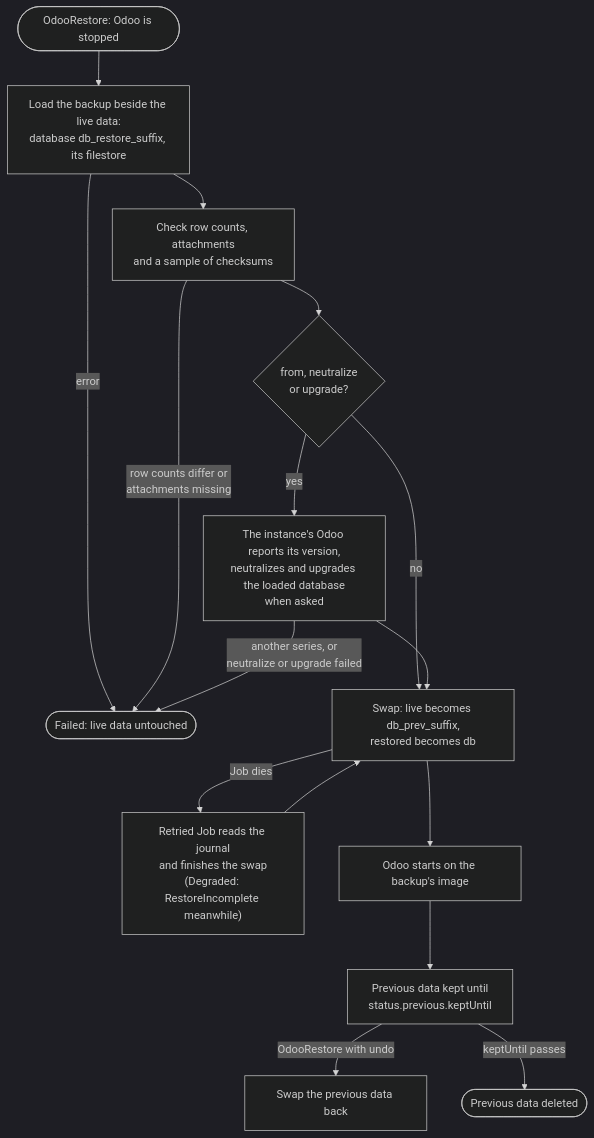
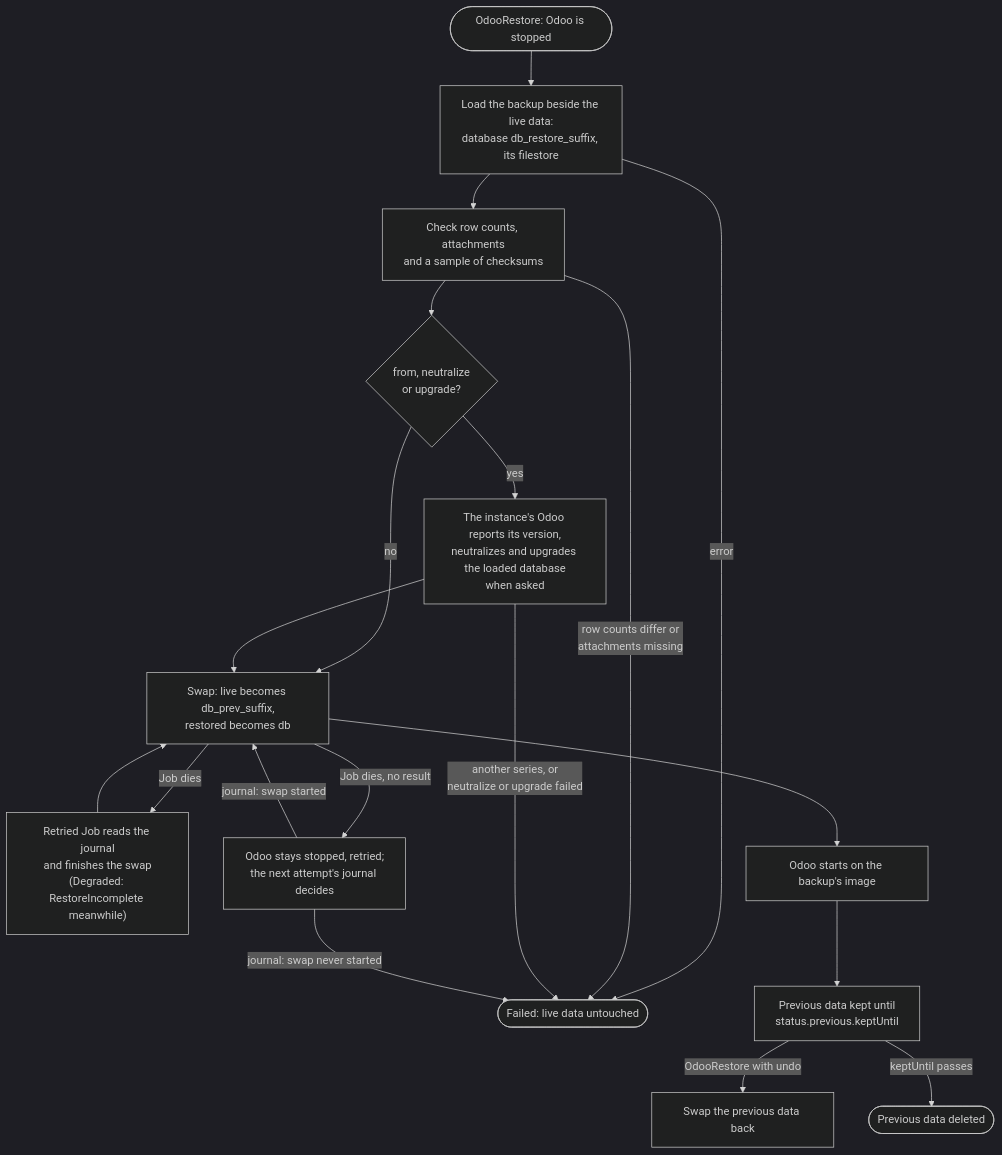
The diagram in docs/guides/restore.md (MohanadAbugharbia/odoo-operator), drawn with Mermaid (dark theme) before and after one commit. The commit also changed other lines of this file and 9 other files, not shown here.

````diff
--- a/docs/guides/restore.md
+++ b/docs/guides/restore.md
@@ -154,18 +175,21 @@
 ```mermaid
 flowchart TD
   start([OdooRestore: Odoo is stopped]) --> load["Load the backup beside the live data:<br/>database db_restore_suffix, its filestore"]
   load --> check[Check row counts, attachments<br/>and a sample of checksums]
   load -->|error| failed([Failed: live data untouched])
   check -->|row counts differ or<br/>attachments missing| failed
   check --> odoo{"from, neutralize<br/>or upgrade?"}
   odoo -- "no" --> swap
   odoo -- "yes" --> step["The instance's Odoo reports its version,<br/>neutralizes and upgrades the loaded database<br/>when asked"]
   step -->|another series, or<br/>neutralize or upgrade failed| failed
   step --> swap["Swap: live becomes db_prev_suffix,<br/>restored becomes db"]
   swap -->|Job dies| retry["Retried Job reads the journal<br/>and finishes the swap<br/>(Degraded: RestoreIncomplete meanwhile)"]
   retry --> swap
+  swap -->|"Job dies, no result"| unknown["Odoo stays stopped, retried;<br/>the next attempt's journal decides"]
+  unknown -->|journal: swap never started| failed
+  unknown -->|journal: swap started| swap
   swap --> run[Odoo starts on the backup's image]
   run --> kept["Previous data kept until<br/>status.previous.keptUntil"]
   kept -->|OdooRestore with undo| undo[Swap the previous data back]
   kept -->|keptUntil passes| gone([Previous data deleted])
 ```
````
